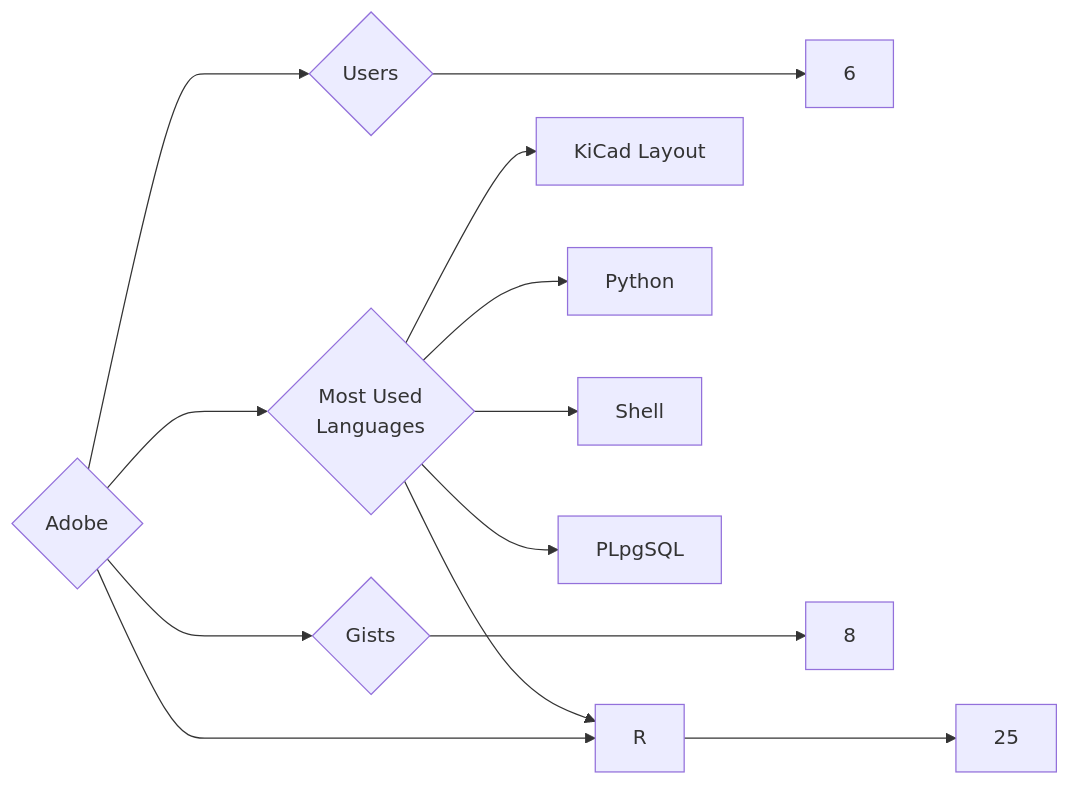
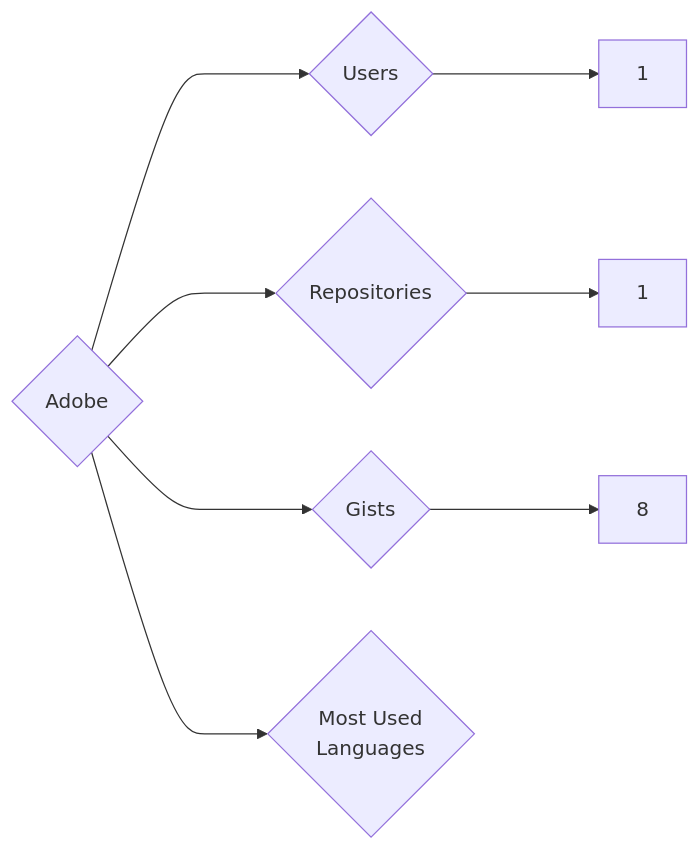
One commit to trickest/insiders changed the diagram in targets/Adobe/README.md. Above: the diagram before and after it, drawn with Mermaid. The commit also changed 880 other files, not shown here.

````diff
--- a/targets/Adobe/README.md
+++ b/targets/Adobe/README.md
@@ -3,13 +3,8 @@
 ```mermaid
 graph LR
 COMPANY_NAME{Adobe}
-COMPANY_NAME ---> U{Users} ---> UN[6]
-COMPANY_NAME ---> R{Repositories} ---> RN[25]
+COMPANY_NAME ---> U{Users} ---> UN[1]
+COMPANY_NAME ---> R{Repositories} ---> RN[1]
 COMPANY_NAME ---> G{Gists} ---> GN[8]
 COMPANY_NAME ---> ML{Most Used<br>Languages}
-ML --> KiCad_Layout[KiCad Layout]
-ML --> R[R]
-ML --> Python[Python]
-ML --> Shell[Shell]
-ML --> PLpgSQL[PLpgSQL]
 ```
````
